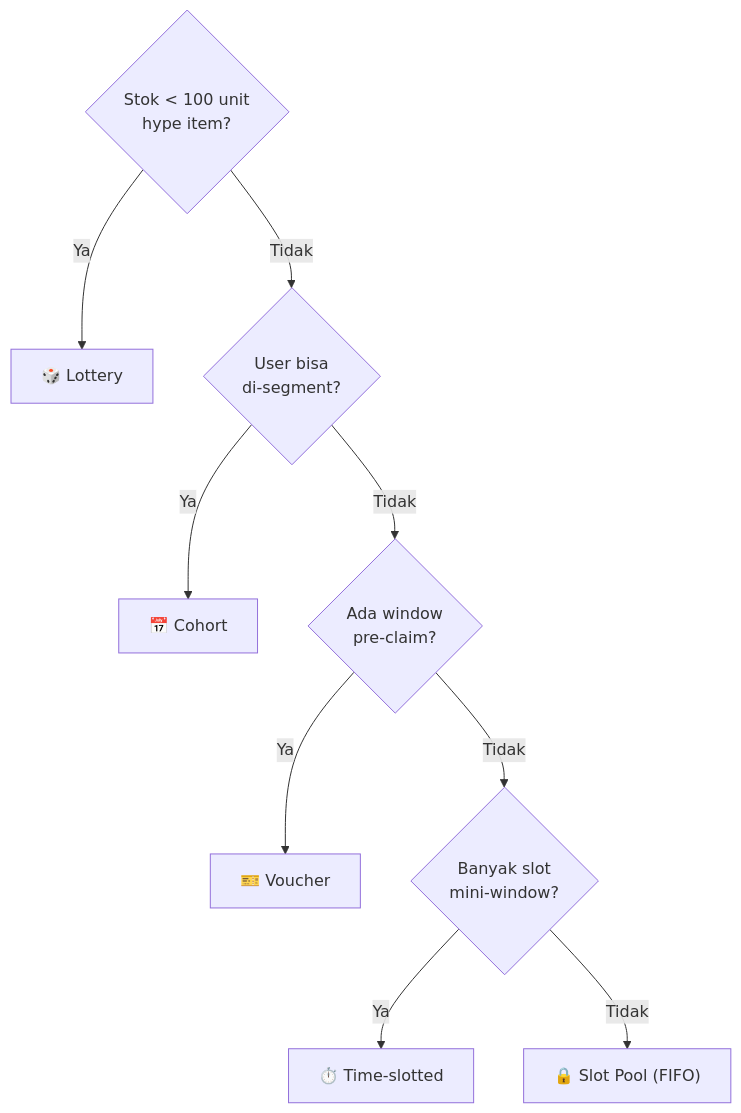
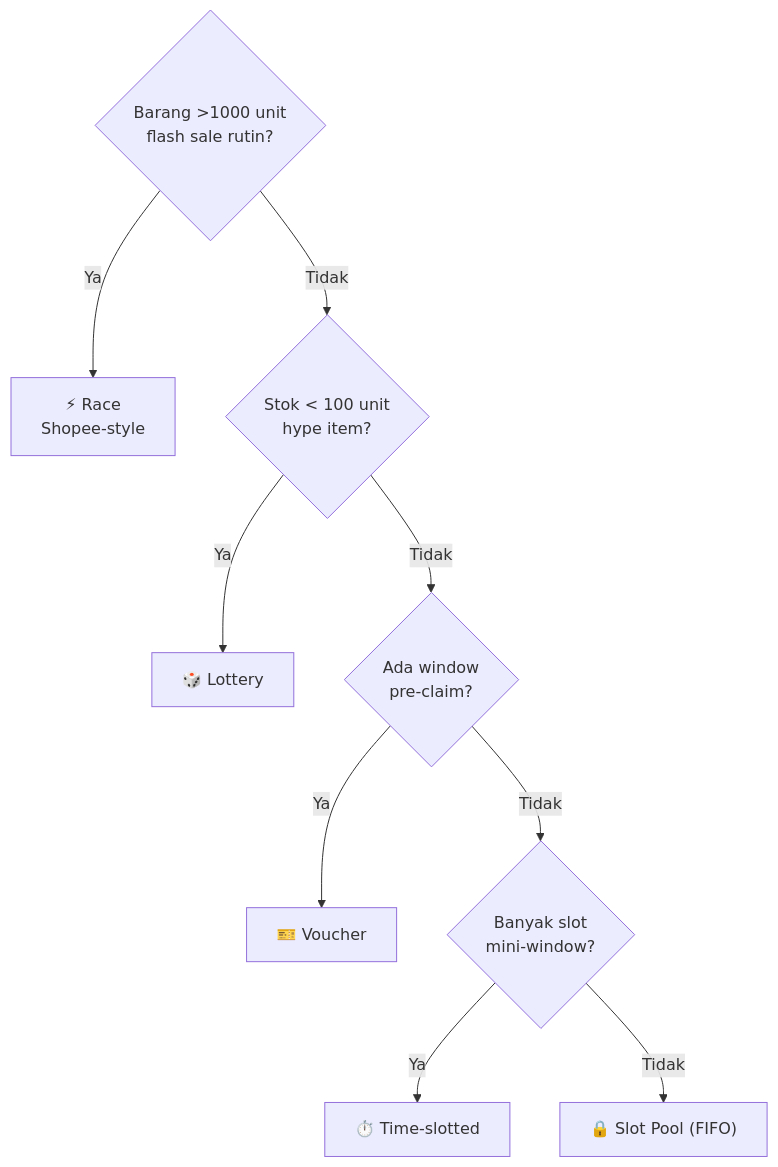
One commit to faisalaffan/faisalaffan-design-system changed the sixth of 11 diagrams in book/id/08-qcommerce/flash-sale.md. Above: the diagram before and after it, drawn with Mermaid. The commit also changed other lines of this file, not shown here.

First line of the commit message:
refactor(docs): trim flash-sale patterns from 8 to 5

````diff
--- a/book/id/08-qcommerce/flash-sale.md
+++ b/book/id/08-qcommerce/flash-sale.md
@@ -84,11 +70,11 @@
 ```mermaid
 flowchart TD
-    Q1{"Stok < 100 unit<br/>hype item?"} -->|Ya| L["🎲 Lottery"]
-    Q1 -->|Tidak| Q2{"User bisa<br/>di-segment?"}
-    Q2 -->|Ya| C["📅 Cohort"]
-    Q2 -->|Tidak| Q3{"Ada window<br/>pre-claim?"}
+    Q0{"Barang >1000 unit<br/>flash sale rutin?"} -->|Ya| R["⚡ Race<br/>Shopee-style"]
+    Q0 -->|Tidak| Q1{"Stok < 100 unit<br/>hype item?"}
+    Q1 -->|Ya| L["🎲 Lottery"]
+    Q1 -->|Tidak| Q3{"Ada window<br/>pre-claim?"}
     Q3 -->|Ya| V["🎫 Voucher"]
     Q3 -->|Tidak| Q4{"Banyak slot<br/>mini-window?"}
     Q4 -->|Ya| T["⏱️ Time-slotted"]
     Q4 -->|Tidak| S["🔒 Slot Pool (FIFO)"]
 ```
````
